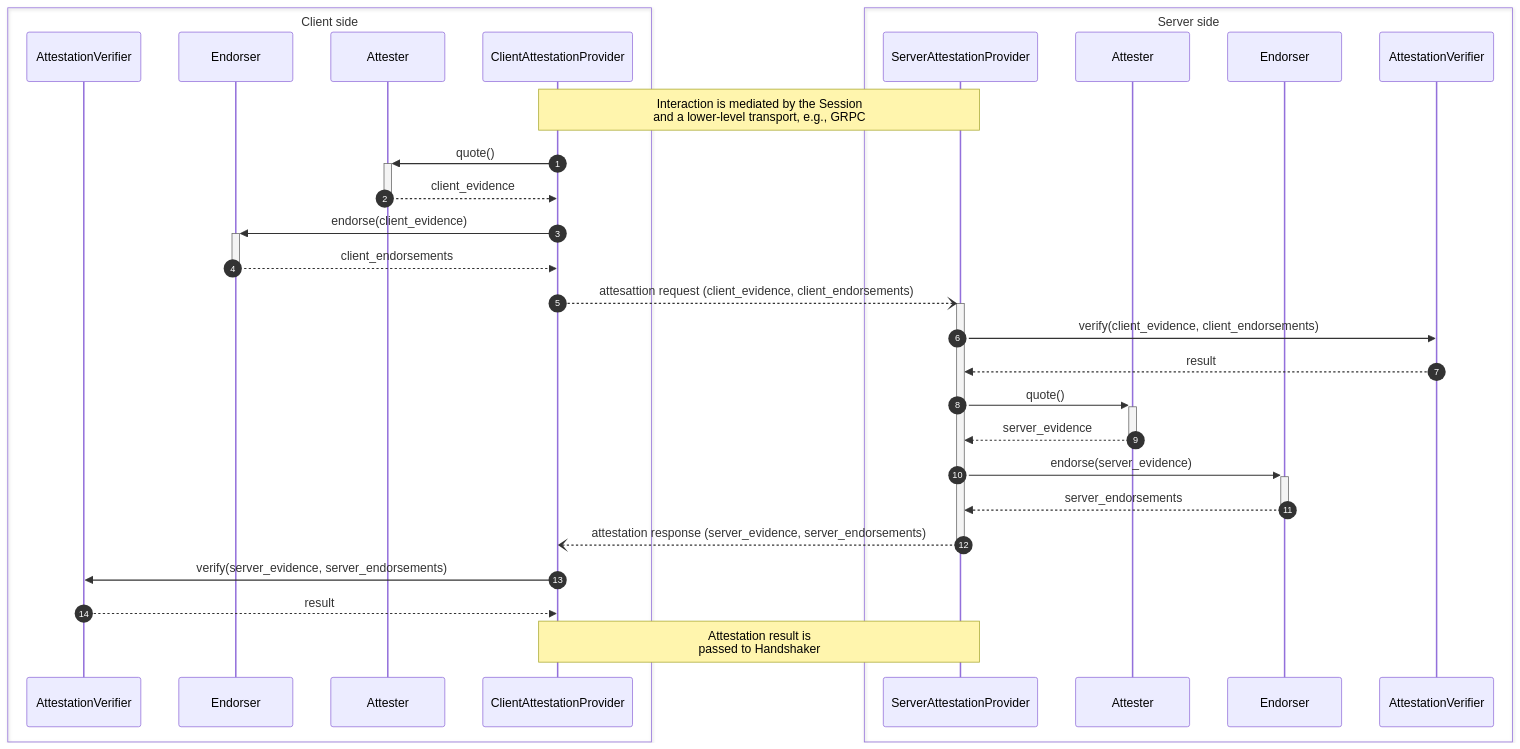
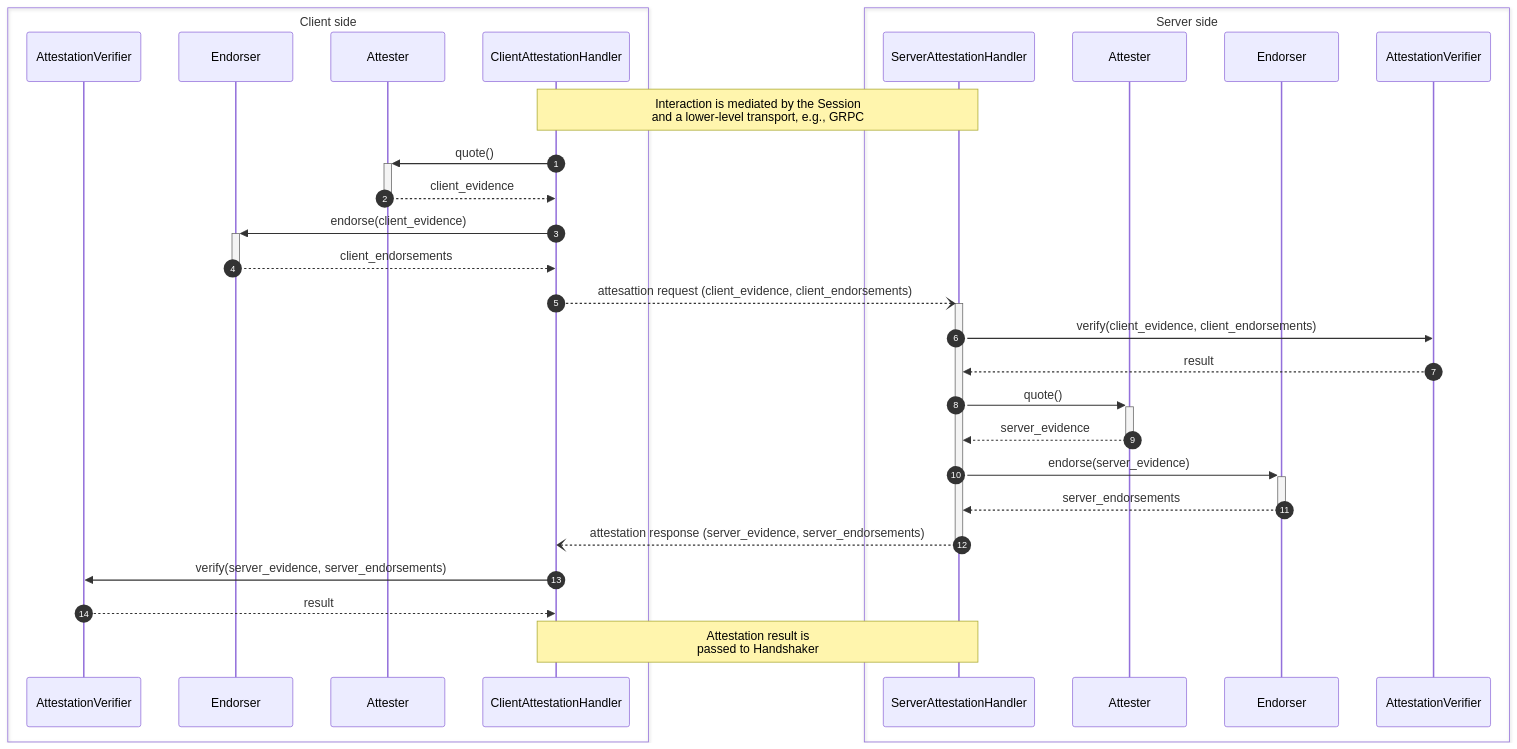
The third of 5 diagrams in oak_session/README.md (project-oak/oak), drawn with Mermaid before and after one commit. The commit also changed other lines of this file and 4 other files, not shown here.

First line of the commit message:
Rename `AttestationProvider` to `AttestationHandler`.

````diff
--- a/oak_session/README.md
+++ b/oak_session/README.md
@@ -241,39 +241,39 @@
 ```mermaid
 sequenceDiagram
     autonumber
 
     box Client side
         participant CAV as AttestationVerifier
         participant CE as Endorser
         participant CA as Attester
-        participant CAP as ClientAttestationProvider
+        participant CAP as ClientAttestationHandler
     end
     box Server side
-        participant SAP as ServerAttestationProvider
+        participant SAP as ServerAttestationHandler
         participant SA as Attester
         participant SE as Endorser
         participant SAV as AttestationVerifier
     end
 
     Note over CAP,SAP: Interaction is mediated by the Session<br/> and a lower-level transport, e.g., GRPC
     CAP->>+CA: quote()
     CA-->>-CAP: client_evidence
     CAP->>+CE: endorse(client_evidence)
     CE-->>-CAP: client_endorsements
 
     CAP--)+SAP: attesattion request (client_evidence, client_endorsements)
 
     SAP->>SAV: verify(client_evidence, client_endorsements)
     SAV-->>SAP: result
     SAP->>+SA: quote()
     SA-->>-SAP: server_evidence
     SAP->>+SE: endorse(server_evidence)
     SE-->>-SAP: server_endorsements
 
     SAP--)-CAP: attestation response (server_evidence, server_endorsements)
 
     CAP->>CAV: verify(server_evidence, server_endorsements)
     CAV-->>CAP: result
 
     Note over CAP, SAP: Attestation result is<br/> passed to Handshaker
 ```
````
